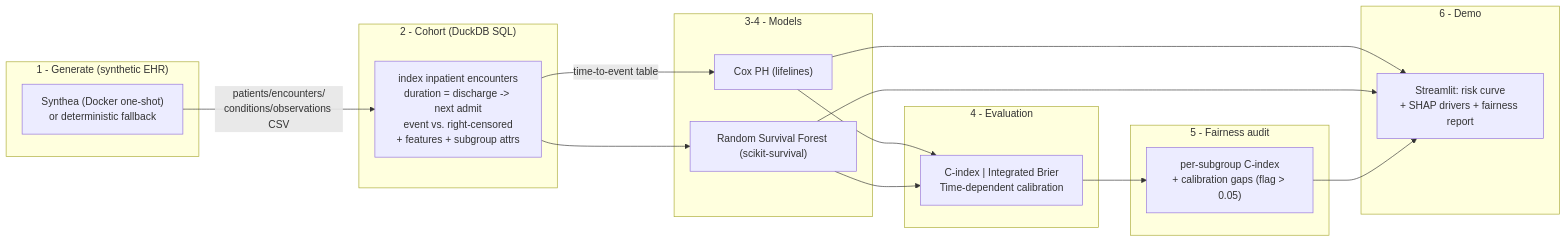
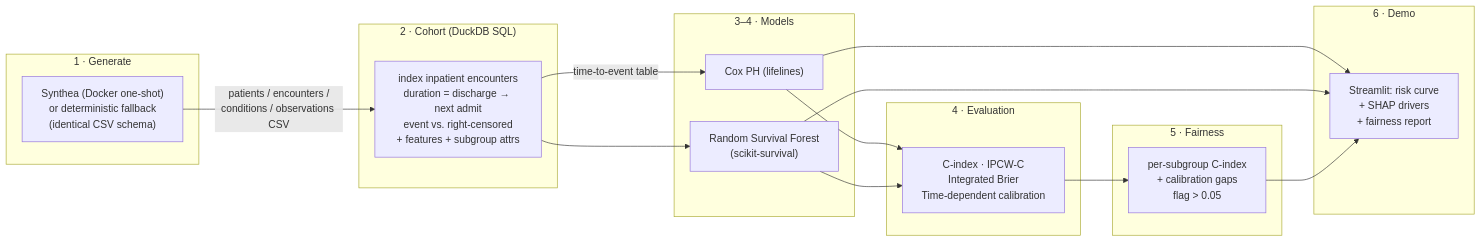
The diagram in README.md (lithin45/readmitrisk), drawn with Mermaid before and after one commit. The commit also changed other lines of this file and 12 other files, not shown here.

First line of the commit message:
Phase 6: SHAP drivers + Streamlit demo + portfolio README

````diff
--- a/README.md
+++ b/README.md
@@ -20,32 +49,32 @@
 ```mermaid
 flowchart LR
-    subgraph generate["1 - Generate (synthetic EHR)"]
-        S["Synthea (Docker one-shot)\nor deterministic fallback"]
+    subgraph G["1 · Generate"]
+        S["Synthea (Docker one-shot)<br/>or deterministic fallback<br/>(identical CSV schema)"]
     end
-    subgraph cohort["2 - Cohort (DuckDB SQL)"]
-        D["index inpatient encounters\nduration = discharge -> next admit\nevent vs. right-censored\n+ features + subgroup attrs"]
+    subgraph C["2 · Cohort (DuckDB SQL)"]
+        D["index inpatient encounters<br/>duration = discharge → next admit<br/>event vs. right-censored<br/>+ features + subgroup attrs"]
     end
-    subgraph model["3-4 - Models"]
-        C["Cox PH (lifelines)"]
-        R["Random Survival Forest (scikit-survival)"]
+    subgraph M["3–4 · Models"]
+        COX["Cox PH (lifelines)"]
+        RSF["Random Survival Forest<br/>(scikit-survival)"]
     end
-    subgraph eval["4 - Evaluation"]
-        M["C-index | Integrated Brier\nTime-dependent calibration"]
+    subgraph E["4 · Evaluation"]
+        EV["C-index · IPCW-C<br/>Integrated Brier<br/>Time-dependent calibration"]
     end
-    subgraph fair["5 - Fairness audit"]
-        F["per-subgroup C-index\n+ calibration gaps (flag > 0.05)"]
+    subgraph F["5 · Fairness"]
+        FA["per-subgroup C-index<br/>+ calibration gaps<br/>flag &gt; 0.05"]
     end
-    subgraph ui["6 - Demo"]
-        U["Streamlit: risk curve\n+ SHAP drivers + fairness report"]
+    subgraph U["6 · Demo"]
+        UI["Streamlit: risk curve<br/>+ SHAP drivers<br/>+ fairness report"]
     end
 
-    S -->|"patients/encounters/\nconditions/observations CSV"| D
-    D -->|"time-to-event table"| C
-    D --> R
-    C --> M
-    R --> M
-    M --> F
-    C --> U
-    R --> U
-    F --> U
+    S -->|"patients / encounters /<br/>conditions / observations CSV"| D
+    D -->|"time-to-event table"| COX
+    D --> RSF
+    COX --> EV
+    RSF --> EV
+    EV --> FA
+    COX --> UI
+    RSF --> UI
+    FA --> UI
 ```
````
